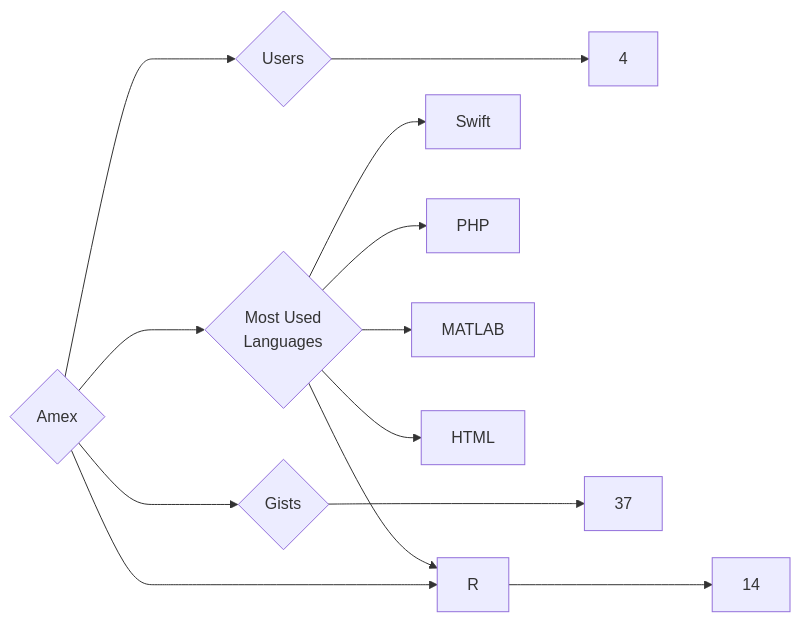
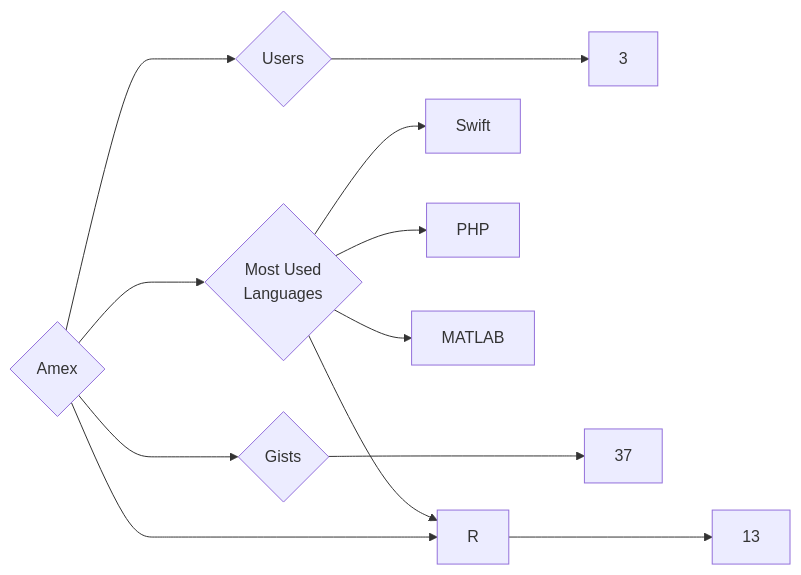
Before and after one commit to trickest/insiders: the diagram in targets/Amex/README.md, drawn with Mermaid. The commit also changed 934 other files, not shown here.

````diff
--- a/targets/Amex/README.md
+++ b/targets/Amex/README.md
@@ -3,13 +3,12 @@
 ```mermaid
 graph LR
 COMPANY_NAME{Amex}
-COMPANY_NAME ---> U{Users} ---> UN[4]
-COMPANY_NAME ---> R{Repositories} ---> RN[14]
+COMPANY_NAME ---> U{Users} ---> UN[3]
+COMPANY_NAME ---> R{Repositories} ---> RN[13]
 COMPANY_NAME ---> G{Gists} ---> GN[37]
 COMPANY_NAME ---> ML{Most Used<br>Languages}
 ML --> Swift[Swift]
 ML --> R[R]
 ML --> PHP[PHP]
 ML --> MATLAB[MATLAB]
-ML --> HTML[HTML]
 ```
````
